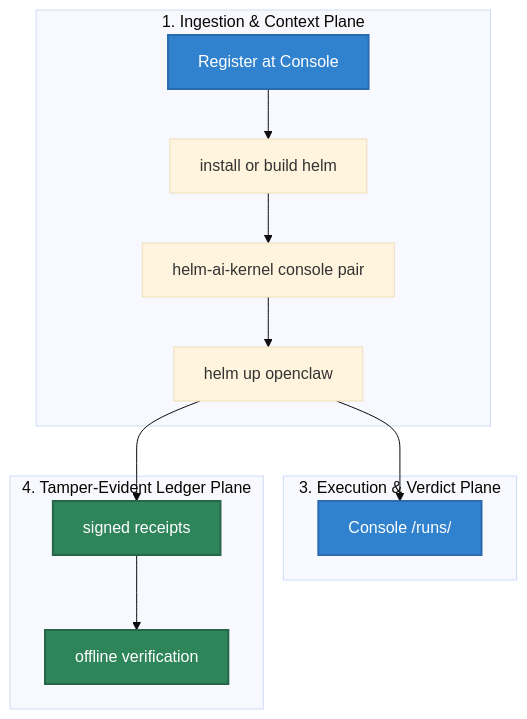
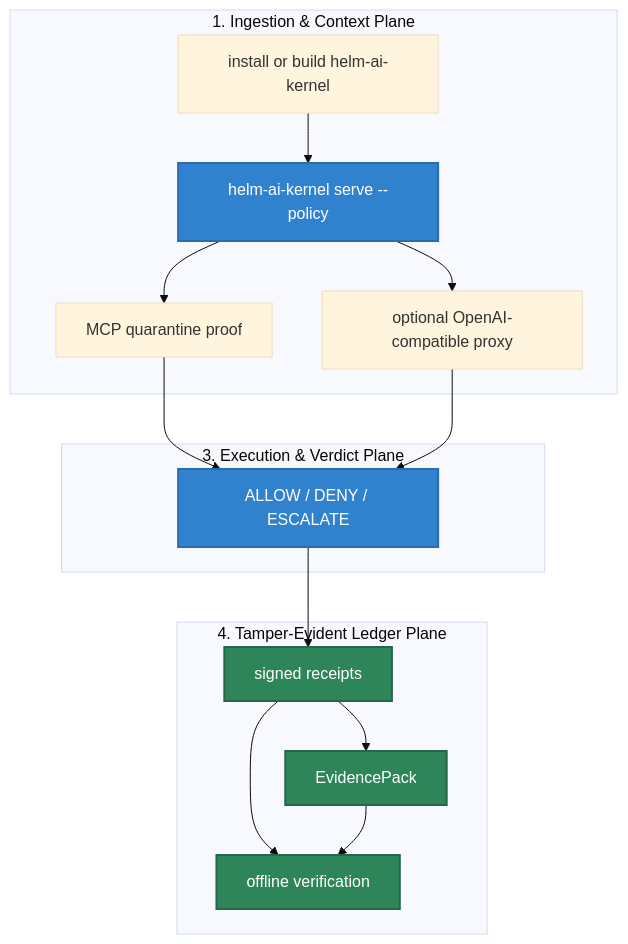
Before and after one commit to Mindburn-Labs/helm-ai-kernel: the diagram in docs/QUICKSTART.md, drawn with Mermaid (base theme). The commit also changed other lines of this file and 18 other files, not shown here.

````diff
--- a/docs/QUICKSTART.md
+++ b/docs/QUICKSTART.md
@@ -24,32 +25,37 @@
 ```mermaid
 flowchart TD
     subgraph Ingestion["1. Ingestion & Context Plane"]
-        Register["Register at Console"]
-        Install["install or build helm"]
-        Pair["helm-ai-kernel console pair"]
-        Up["helm up openclaw"]
+        Install["install or build helm-ai-kernel"]
+        Serve["helm-ai-kernel serve --policy"]
+        MCP["MCP quarantine proof"]
+        Proxy["optional OpenAI-compatible proxy"]
     end
 
     subgraph Execution["3. Execution & Verdict Plane"]
-        Console["Console /runs/<run_id>"]
+        Verdict["ALLOW / DENY / ESCALATE"]
     end
 
     subgraph Ledger["4. Tamper-Evident Ledger Plane"]
         Receipts["signed receipts"]
+        Evidence["EvidencePack"]
         Verify["offline verification"]
     end
 
     %% Operational Flow Edges
-    Register --> Install
-    Install --> Pair
-    Pair --> Up
-    Up --> Console
-    Up --> Receipts
+    Install --> Serve
+    Serve --> MCP
+    Serve --> Proxy
+    MCP --> Verdict
+    Proxy --> Verdict
+    Verdict --> Receipts
     Receipts --> Verify
+    Receipts --> Evidence
+    Evidence --> Verify
 
     %% Premium Styling Rules
-    style Register fill:#3182ce,stroke:#2b6cb0,stroke-width:2px,color:#fff
-    style Console fill:#3182ce,stroke:#2b6cb0,stroke-width:2px,color:#fff
+    style Serve fill:#3182ce,stroke:#2b6cb0,stroke-width:2px,color:#fff
+    style Verdict fill:#3182ce,stroke:#2b6cb0,stroke-width:2px,color:#fff
     style Receipts fill:#2f855a,stroke:#276749,stroke-width:2px,color:#fff
+    style Evidence fill:#2f855a,stroke:#276749,stroke-width:2px,color:#fff
     style Verify fill:#2f855a,stroke:#276749,stroke-width:2px,color:#fff
 ```
````
